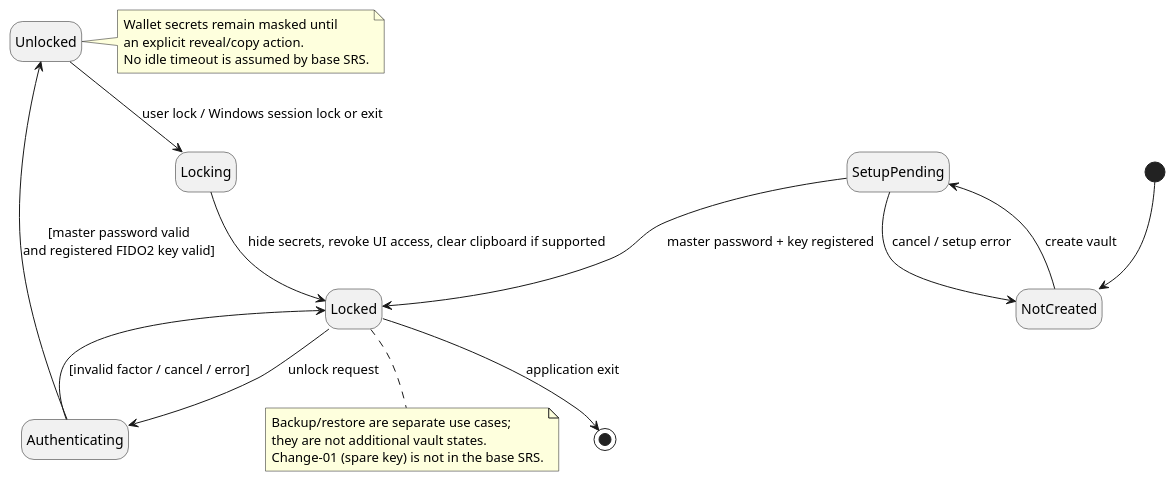
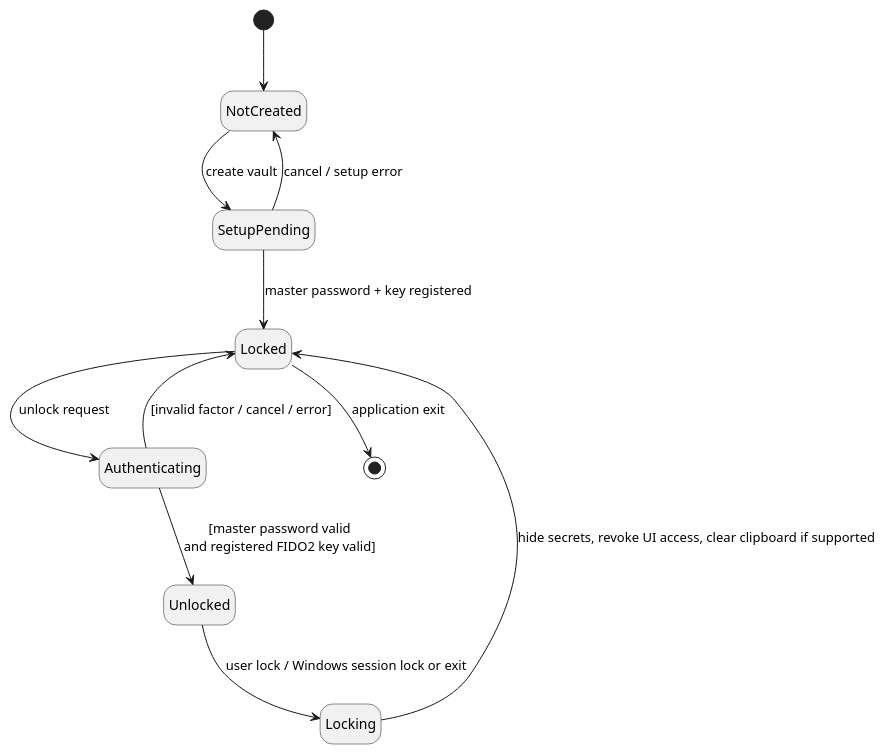
Before and after one commit to dzmitry-murauyou/SDLC: the diagram in lab5/diagrams/state.puml, drawn with PlantUML. The commit also changed 16 other files, not shown here.

Commit message:
Straighten UML diagrams and remove scenario labels

```diff
--- a/lab5/diagrams/state.puml
+++ b/lab5/diagrams/state.puml
@@ -1,24 +1,14 @@
 @startuml
 hide empty description
 skinparam shadowing false
 [*] --> NotCreated
 NotCreated --> SetupPending : create vault
 SetupPending --> Locked : master password + key registered
 SetupPending --> NotCreated : cancel / setup error
 Locked --> Authenticating : unlock request
 Authenticating --> Unlocked : [master password valid\nand registered FIDO2 key valid]
 Authenticating --> Locked : [invalid factor / cancel / error]
 Unlocked --> Locking : user lock / Windows session lock or exit
 Locking --> Locked : hide secrets, revoke UI access, clear clipboard if supported
 Locked --> [*] : application exit
-note right of Unlocked
-Wallet secrets remain masked until
-an explicit reveal/copy action.
-No idle timeout is assumed by base SRS.
-end note
-note bottom of Locked
-Backup/restore are separate use cases;
-they are not additional vault states.
-Change-01 (spare key) is not in the base SRS.
-end note
 @enduml
```
